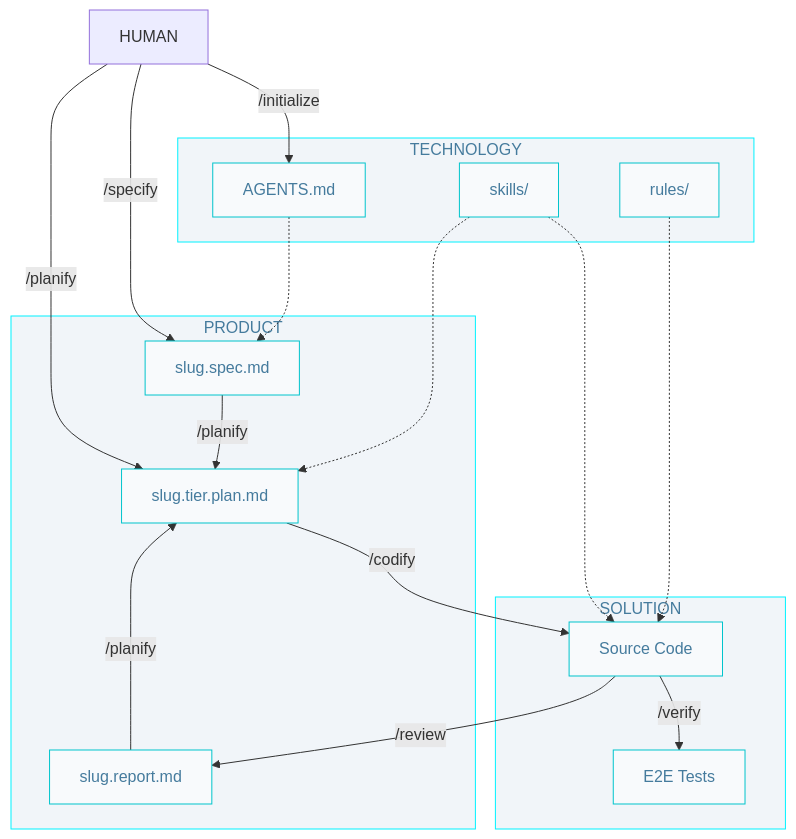
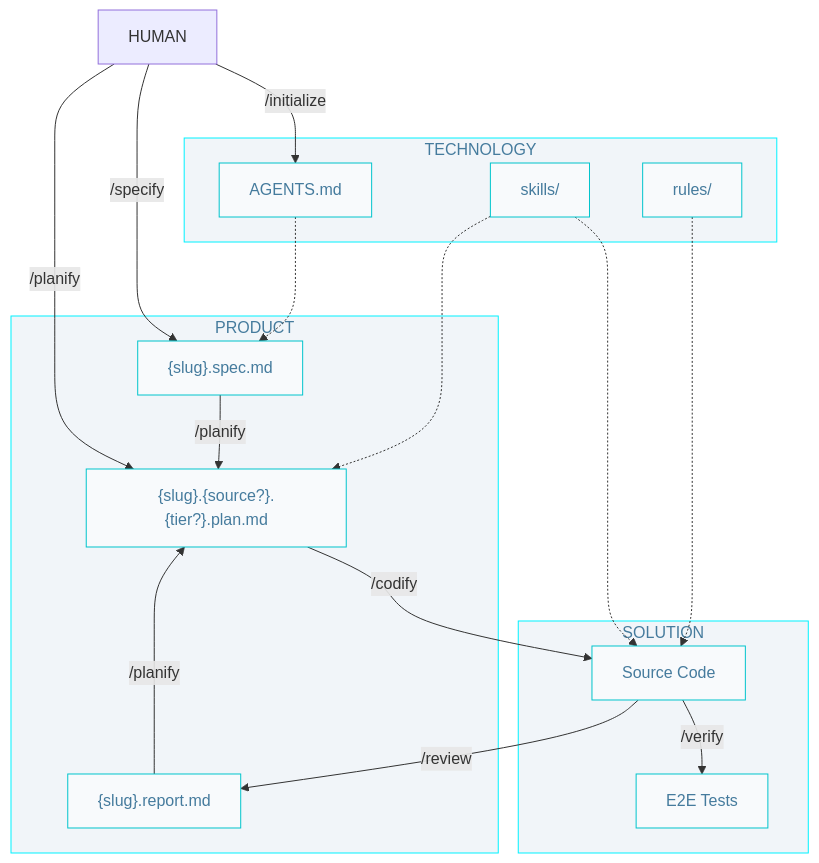
Before and after one commit to AIDDbot/AIDDbot: the diagram in docs/AIDD.workflow.md, drawn with Mermaid. The commit also changed other lines of this file and 3 other files, not shown here.

````diff
--- a/docs/AIDD.workflow.md
+++ b/docs/AIDD.workflow.md
@@ -3,38 +3,38 @@
 ```mermaid
 flowchart TD
   classDef nd fill:#f8fafc,stroke:#00c4cc,color:#457b9d
   classDef sg fill:#f1f5f9,stroke:#00f2ff,color:#457b9d 
 
   HUM[HUMAN]
 
   subgraph P["PRODUCT"]
-      SPC["slug.spec.md"]:::nd
-      PLN["slug.tier.plan.md"]:::nd
-      RPT["slug.report.md"]:::nd
+      SPC["{slug}.spec.md"]:::nd
+      PLN["{slug}.{source?}.{tier?}.plan.md"]:::nd
+      RPT["{slug}.report.md"]:::nd
   end
 
   subgraph T["TECHNOLOGY"]
       AGT["AGENTS.md"]:::nd
       SKL["skills/"]:::nd
       RUL["rules/"]:::nd
   end  
 
   subgraph S["SOLUTION"]
       COD[Source Code]:::nd
       E2E["E2E Tests"]:::nd
   end
 
   HUM -->|/initialize| AGT
   HUM -->|/specify| SPC
   HUM -->|/planify| PLN
   RPT -->|/planify| PLN
   AGT -.-> SPC  
   SKL & RUL -.-> COD  
   SKL -.-> PLN
   SPC -->|/planify| PLN
   PLN -->|/codify| COD
   COD -->|/verify| E2E
   COD -->|/review| RPT
 
   class P,T,S sg
 ```
````
